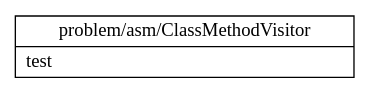
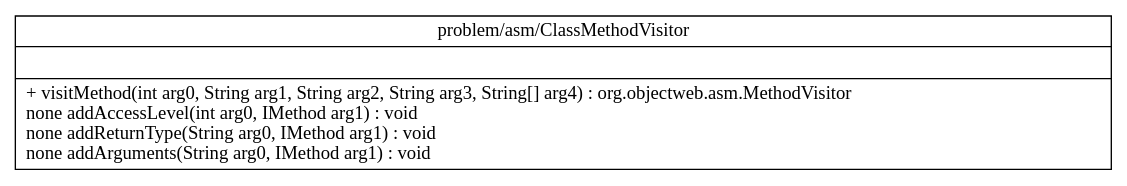
One commit to Mercieral/code-pattern-detector-and-UML-diagram-generator changed the diagram in BlueShells374/input_output/graph.gv. Above: the diagram before and after it, drawn with Graphviz. The commit also changed 4 other files, not shown here.

```diff
--- a/BlueShells374/input_output/graph.gv
+++ b/BlueShells374/input_output/graph.gv
@@ -1,1 +1,7 @@
-digraph G {fixme [ shape = "record",  label = "{  problem/asm/ClassMethodVisitor | test \l }" ];}
+digraph G { problemasmClassMethodVisitor [ 
+ shape = "record",  label = "{ problem/asm/ClassMethodVisitor|\l| 
+ 		+ visitMethod(int arg0, String arg1, String arg2, String arg3, String[] arg4) : org.objectweb.asm.MethodVisitor \l
+		none addAccessLevel(int arg0, IMethod arg1) : void \l
+		none addReturnType(String arg0, IMethod arg1) : void \l
+		none addArguments(String arg0, IMethod arg1) : void \l
+ }" ];}
```
